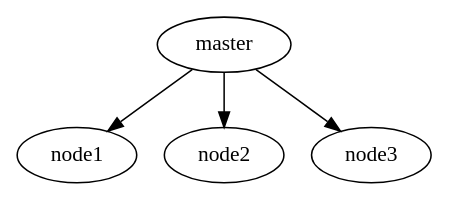
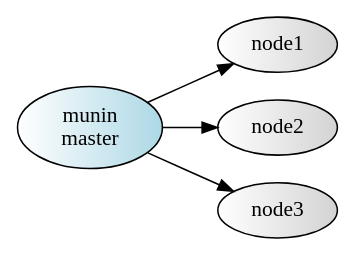
Before and after one commit to munin-monitoring/munin: the first of 3 diagrams in doc/architecture/protocol.rst, drawn with Graphviz. The commit also changed other lines of this file, not shown here.

Commit message:
doc: add detail to master-node illustrations

```diff
--- a/doc/architecture/protocol.rst
+++ b/doc/architecture/protocol.rst
@@ -23,7 +23,12 @@
 .. graphviz::
 
    digraph  {
-        "master" -> "node1";
-        "master" -> "node2";
-        "master" -> "node3";
+       graph [ rankdir="LR" ];
+       node [style=filled, fillcolor="white:lightgrey"];
+
+       "master" [label="munin\nmaster", fillcolor="white:lightblue"];
+
+       "master" -> "node1";
+       "master" -> "node2";
+       "master" -> "node3";
    }
```
